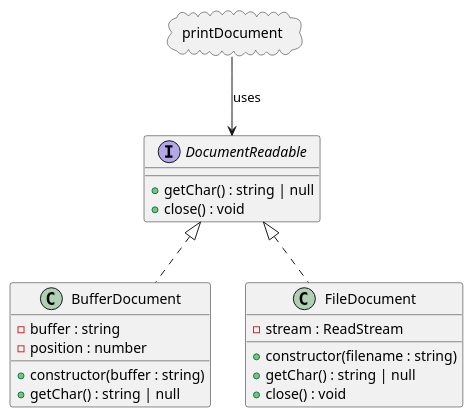
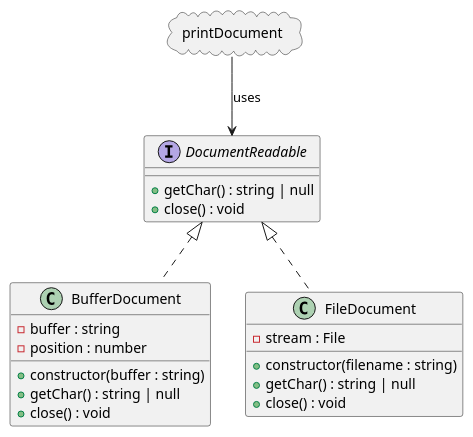
Before and after one commit to mannercode/mannercode.github.io: the first of 3 diagrams in _posts/2024-03-09-oop.md, drawn with PlantUML. The commit also changed other lines of this file and 9 other files, not shown here.

```diff
--- a/_posts/2024-03-09-oop.md
+++ b/_posts/2024-03-09-oop.md
@@ -378,31 +375,32 @@
 {% plantuml %}
 @startuml
 
 interface DocumentReadable {
     +getChar() : string | null
     +close() : void
 }
 
 class BufferDocument {
     -buffer : string
     -position : number
     +constructor(buffer : string)
     +getChar() : string | null
+    +close() : void
 }
 
 class FileDocument {
-    -stream : ReadStream
+    -stream : File
     +constructor(filename : string)
     +getChar() : string | null
     +close() : void
 }
 
 package printDocument <<Cloud>> {
 }
 
 printDocument --> DocumentReadable : uses
 DocumentReadable <|.. BufferDocument
 DocumentReadable <|.. FileDocument
 
 @enduml
 {% endplantuml %}
```
